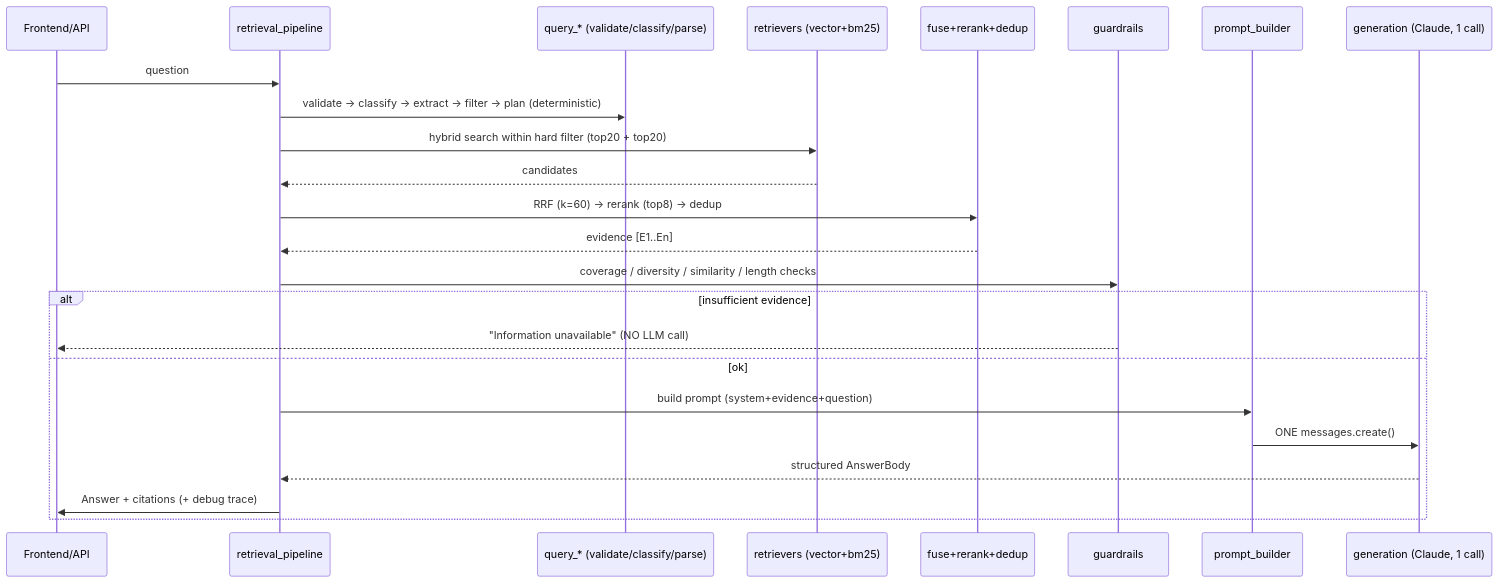
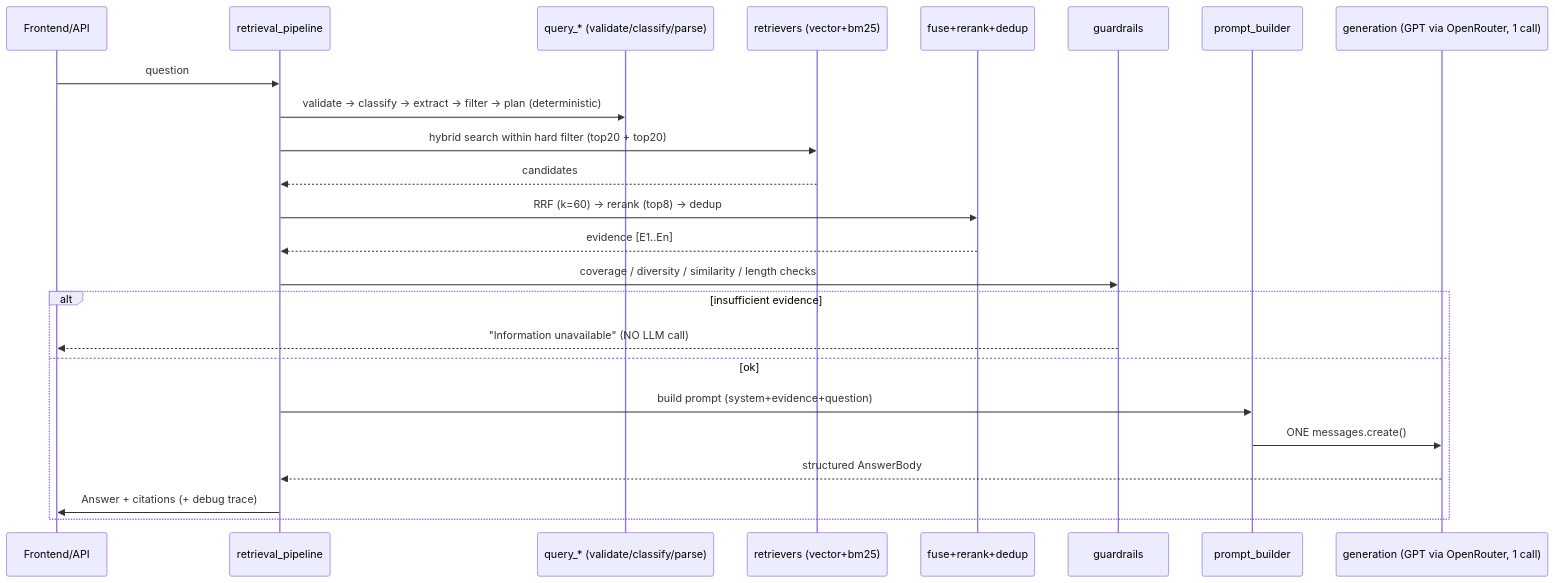
Before and after one commit to deviprasadreddyp/PE-RAG: the first of 4 diagrams in architecture/RETRIEVAL_DESIGN.md, drawn with Mermaid. The commit also changed other lines of this file and 8 other files, not shown here.

First line of the commit message:
docs: reconcile stack to local BGE embeddings + OpenAI-via-OpenRouter generation

````diff
--- a/architecture/RETRIEVAL_DESIGN.md
+++ b/architecture/RETRIEVAL_DESIGN.md
@@ -88,26 +88,26 @@
 ```mermaid
 sequenceDiagram
     participant U as Frontend/API
     participant P as retrieval_pipeline
     participant Q as query_* (validate/classify/parse)
     participant R as retrievers (vector+bm25)
     participant F as fuse+rerank+dedup
     participant G as guardrails
     participant B as prompt_builder
-    participant L as generation (Claude, 1 call)
+    participant L as generation (GPT via OpenRouter, 1 call)
     U->>P: question
     P->>Q: validate → classify → extract → filter → plan   (deterministic)
     P->>R: hybrid search within hard filter (top20 + top20)
     R-->>P: candidates
     P->>F: RRF (k=60) → rerank (top8) → dedup
     F-->>P: evidence [E1..En]
     P->>G: coverage / diversity / similarity / length checks
     alt insufficient evidence
         G-->>U: "Information unavailable" (NO LLM call)
     else ok
         P->>B: build prompt (system+evidence+question)
         B->>L: ONE messages.create()
         L-->>P: structured AnswerBody
         P->>U: Answer + citations (+ debug trace)
     end
 ```
````
